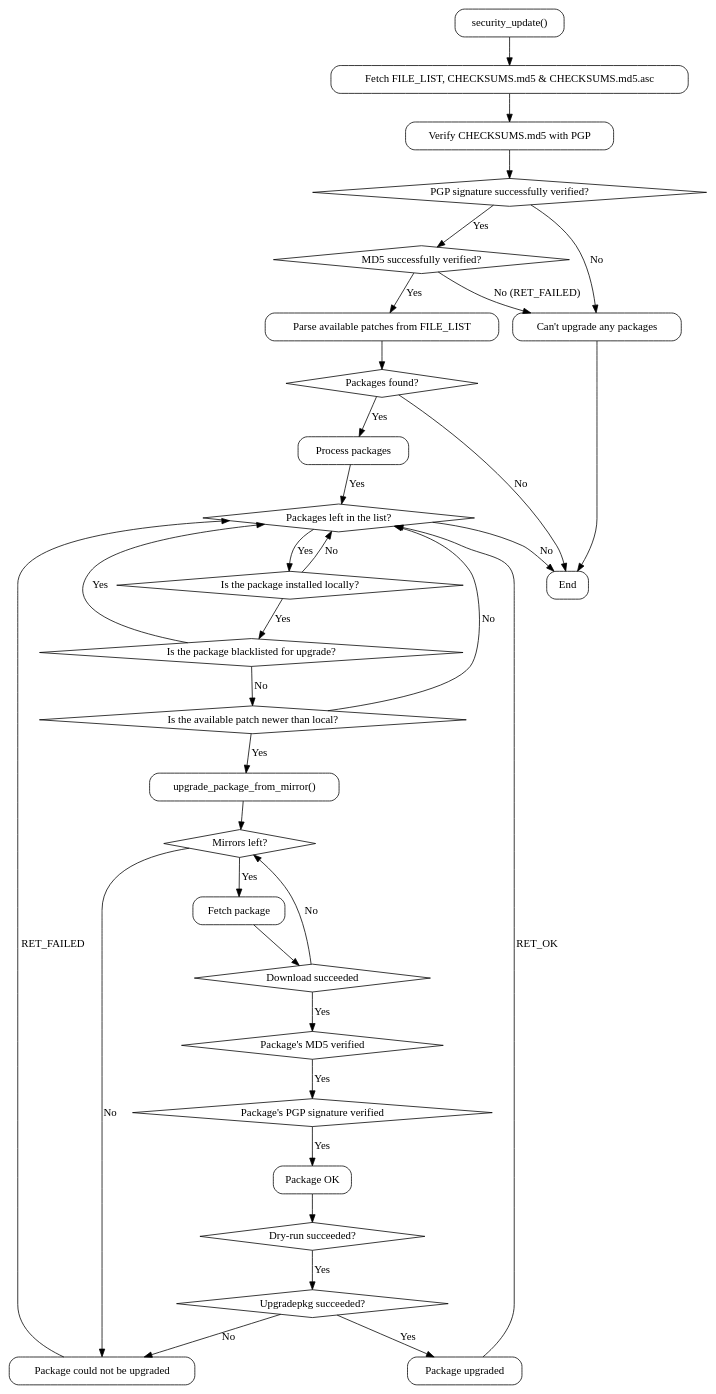
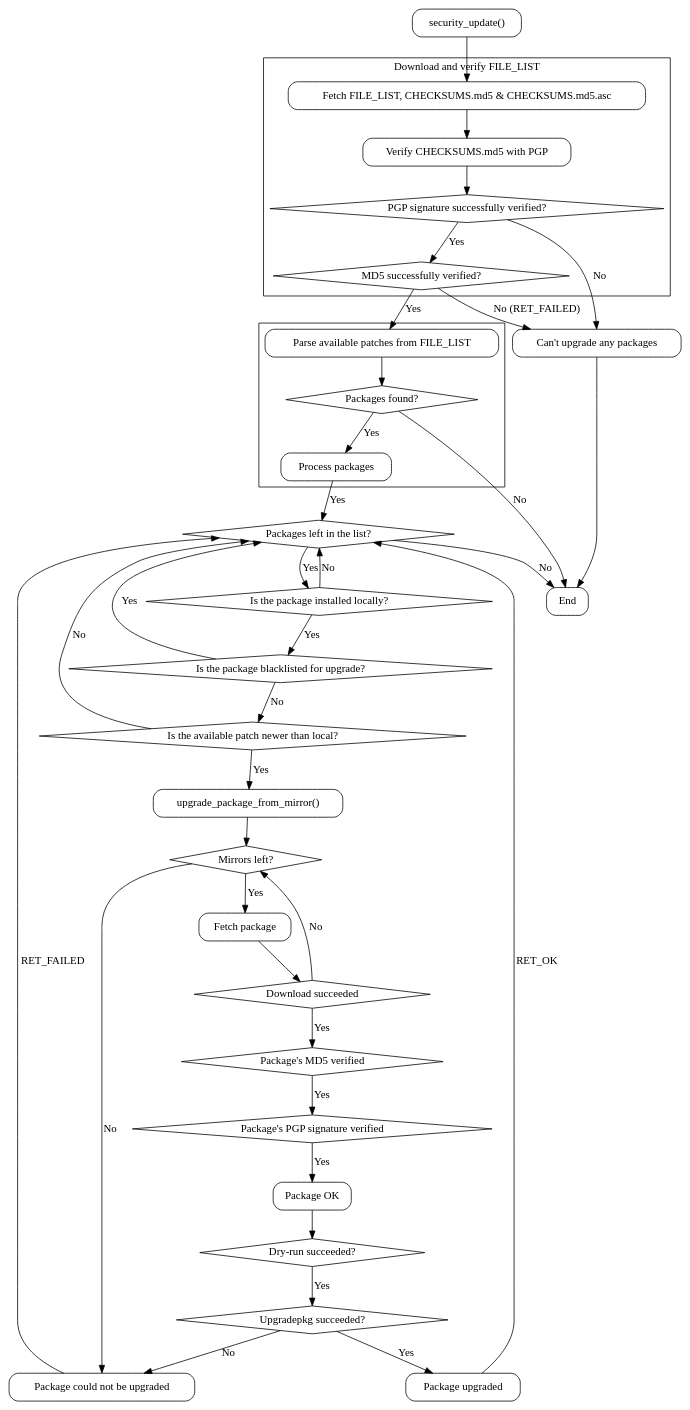
Before and after one commit to pyllyukko/swsp: the diagram in how_it_works.dot, drawn with Graphviz.

Commit message:
Create few subgraphs

```diff
--- a/how_it_works.dot
+++ b/how_it_works.dot
@@ -1,140 +1,148 @@
 /*
  * this is roughly how this script works:
  *
  *   - perform a bunch of sanity checks
  *   - detect the Slackware version and architecture in use
  *   - fetch the patches/FILE_LIST		file from $MAIN_MIRROR FTP
  *   - fetch the patches/CHECKSUMS.md5		file from $MAIN_MIRROR FTP
  *   - fetch the patches/CHECKSUMS.md5.asc	file from $MAIN_MIRROR FTP
  *   - verify the PGP signature of	CHECKSUMS.md5
  *   - verify the FILE_LIST MD5 from	CHECKSUMS.md5
  *   - at this point we should be confident that the patch list is authentic
  *   - read all available packages from FILE_LIST into $PACKAGES[] array
  *
  *   - go through the $PACKAGES[] array:
  *     - check if the package in question is installed on the local system
  *     - if $SELECT_UPDATES_INDIVIDUALLY is 1, let user choose whether to add
  *       the package to the $UPDATES[] array
  *     - go through the $UPDATE_BLACKLIST[] array to see if we should skip this
  *       patch
  *     - verify the slackware version tag in the package's revision field is
  *       correct, if available at all that is
  *     - if SKIP_VERSION_TEST is 0, perform version comparison against the
  *       currently installed versions with version_checker() and
  *       do_version_check() functions
  *       - if versions are the same, compare the revisions
  *     - if SKIP_VERSION_TEST is 1, just compare whether the versions are
  *       exactly same
  *   - add suitable packages to the $UPDATES[] array
  *   - print a brief summary about the packages in the $UPDATES[] array
  *
  *   - start processing the $UPDATES[] array:
  *     - try to fetch the SSA ID for the patch from www.slackware.com
  *     - check if the patch is a kernel upgrade, so we can notify the user that
  *       it needs some manual work
  *     - try all the $MIRRORS[] until the package and it's PGP signature file
  *       are downloaded
  *     - verify the package's MD5 from CHECKSUMS.md5 (note that CHECKSUMS.md5
  *       itself should already be verified at this point, also see
  *       $CHECKSUMS_VERIFIED variable)
  *     - verify the package's PGP signature
  *     - run upgradepkg with --dry-run first and the the real deal
  *     - if everything went well, add the applied patch to $UPGRADED_PACKAGES[]
  *       array, otherwise to the $FAILED_PACKAGES[] array
  *
  *   ... to be continued
  */
 digraph {
   start[shape="box", style=rounded];
   end[shape="box", style=rounded];
   fetch_FILE_LIST[shape="box", style=rounded];
   verify_checksums[shape="box", style=rounded];
   //verify_file_list[shape="box", style=rounded];
   md5_verified[shape="diamond", style=""];
   package_md5_verified[shape="diamond", style=""];
   package_pgp_verified[shape="diamond", style=""];
   package_ok[shape="box", style=rounded];
   pgp_verified[shape="diamond", style=""];
   fail[shape="box", style=rounded];
   parse_updates[shape="box", style=rounded];
   any_packages_found[shape="diamond", style=""];
   process_packages[shape="box", style=rounded];
   next_package[shape="diamond", style=""];
   is_package_installed[shape="diamond", style=""];
   is_package_blacklisted[shape="diamond", style=""];
   is_package_newer[shape="diamond", style=""];
   upgrade_package_from_mirror[shape="box", style=rounded];
   next_mirror[shape="diamond", style=""];
   package_upgrade_failed[shape="box", style=rounded];
   fetch_package[shape="box", style=rounded];
   download_success[shape="diamond", style=""];
   dry_run[shape="diamond", style=""];
   upgradepkg[shape="diamond", style=""];
   package_upgraded[shape="box", style=rounded];
 
   start -> fetch_FILE_LIST;
-  fetch_FILE_LIST -> verify_checksums;
-  verify_checksums -> pgp_verified;
+  subgraph cluster0 {
+    label="Download and verify FILE_LIST"
+
+    fetch_FILE_LIST -> verify_checksums;
+    verify_checksums -> pgp_verified;
+    pgp_verified -> md5_verified[label="Yes"];
+  }
   pgp_verified -> fail[label="No"];
-  pgp_verified -> md5_verified[label="Yes"];
   /*
   pgp_verified -> verify_file_list[label="Yes"];
   verify_file_list -> md5_verified;
   */
   md5_verified -> fail[label="No (RET_FAILED)"];
   fail -> end;
-  md5_verified -> parse_updates[label="Yes"];
-  parse_updates -> any_packages_found;
-  any_packages_found -> process_packages[label="Yes"];
+
+  subgraph cluster1 {
+    md5_verified -> parse_updates[label="Yes"];
+    parse_updates -> any_packages_found;
+    any_packages_found -> process_packages[label="Yes"];
+  }
   any_packages_found -> end[label="No"];
   process_packages -> next_package[label="Yes"];
+
   next_package -> is_package_installed[label="Yes"];
   next_package -> end[label="No"];
   is_package_installed -> next_package[label="No"];
   is_package_installed -> is_package_blacklisted[label="Yes"];
   is_package_blacklisted -> is_package_newer[label="No"];
   is_package_blacklisted -> next_package[label="Yes"];
   is_package_newer -> next_package[label="No"];
   is_package_newer -> upgrade_package_from_mirror[label="Yes"];
   upgrade_package_from_mirror -> next_mirror;
   next_mirror -> fetch_package[label="Yes"];
   next_mirror -> package_upgrade_failed[label="No"];
   fetch_package -> download_success;
   download_success -> next_mirror[label="No"];
   download_success -> package_md5_verified[label="Yes"];
   package_md5_verified -> package_pgp_verified[label="Yes"];
   package_pgp_verified -> package_ok[label="Yes"];
   package_ok -> dry_run;
   dry_run -> upgradepkg[label="Yes"];
   upgradepkg -> package_upgraded[label="Yes"];
   upgradepkg -> package_upgrade_failed[label="No"];
   package_upgraded -> next_package[label="RET_OK"];
   package_upgrade_failed -> next_package[label="RET_FAILED"];
 
   start[label="security_update()"];
   end[label="End"];
   fetch_FILE_LIST[label="Fetch FILE_LIST, CHECKSUMS.md5 & CHECKSUMS.md5.asc"];
   verify_checksums[label="Verify CHECKSUMS.md5 with PGP"];
   //verify_file_list[label="Verify FILE_LIST's MD5"];
   md5_verified[label="MD5 successfully verified?"];
   pgp_verified[label="PGP signature successfully verified?"];
   fail[label="Can't upgrade any packages"];
   parse_updates[label="Parse available patches from FILE_LIST"];
   any_packages_found[label="Packages found?"];
   process_packages[label="Process packages"];
   next_package[label="Packages left in the list?"];
   is_package_installed[label="Is the package installed locally?"];
   is_package_blacklisted[label="Is the package blacklisted for upgrade?"];
   is_package_newer[label="Is the available patch newer than local?"];
   upgrade_package_from_mirror[label="upgrade_package_from_mirror()"];
   package_upgrade_failed[label="Package could not be upgraded"];
   next_mirror[label="Mirrors left?"];
   fetch_package[label="Fetch package"];
   download_success[label="Download succeeded"];
   package_md5_verified[label="Package's MD5 verified"];
   package_pgp_verified[label="Package's PGP signature verified"];
   package_ok[label="Package OK"];
   dry_run[label="Dry-run succeeded?"];
   upgradepkg[label="Upgradepkg succeeded?"];
   package_upgraded[label="Package upgraded"];
 }
```
